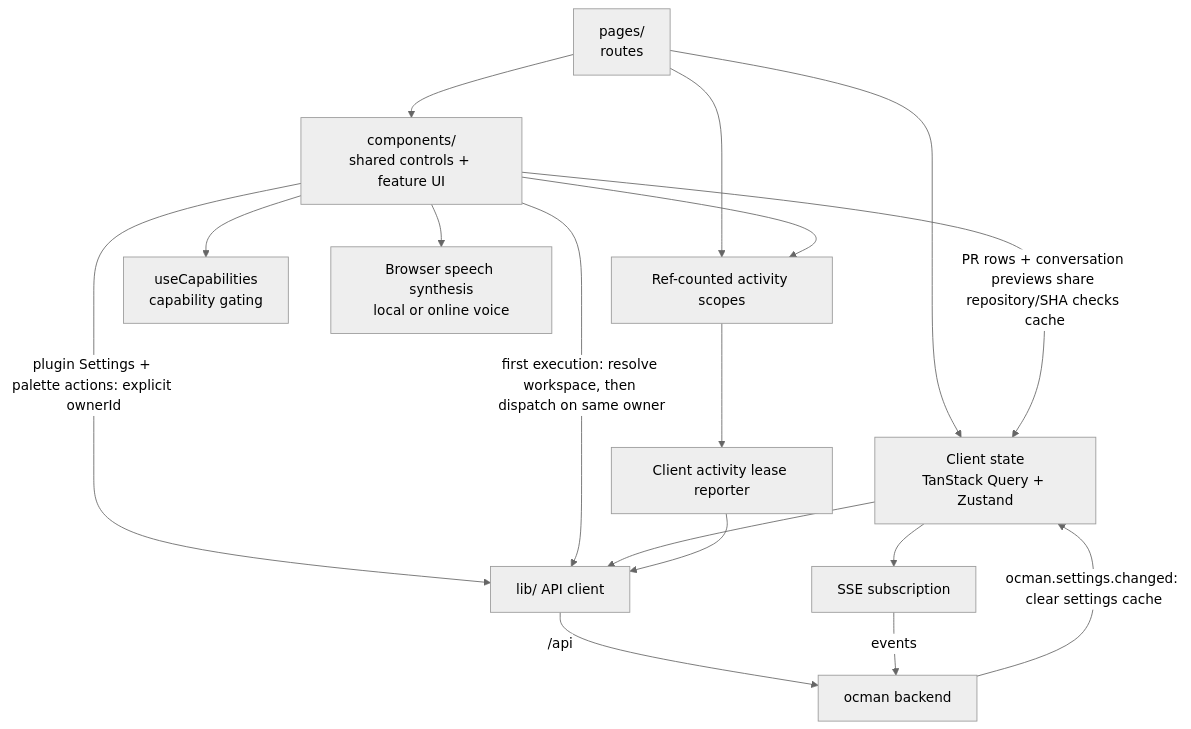
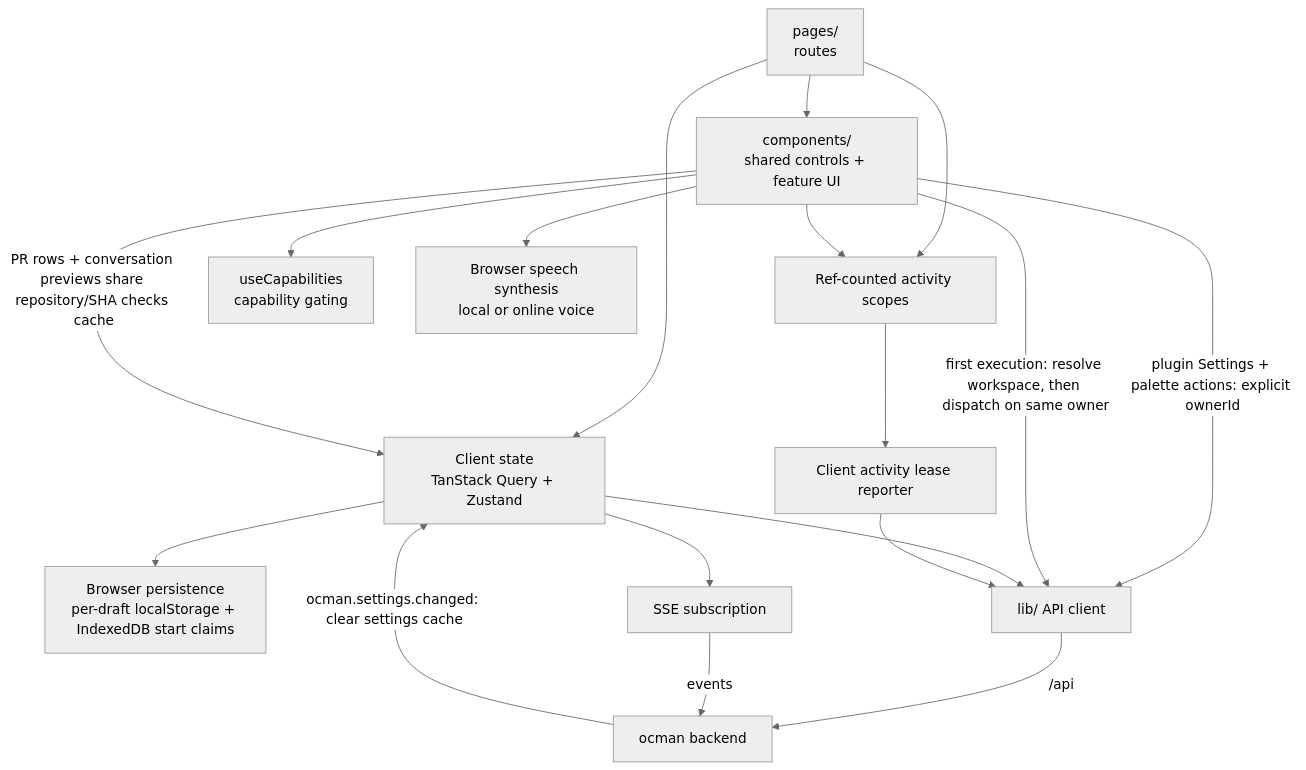
One commit to ocman/ocman changed the fourth of 5 diagrams in docs/other/architecture.md. Above: the diagram before and after it, drawn with Mermaid (neutral theme). The commit also changed other lines of this file and 14 other files, not shown here.

````diff
--- a/docs/other/architecture.md
+++ b/docs/other/architecture.md
@@ -468,19 +468,20 @@
 ```mermaid
 flowchart TD
     Pages[pages/<br/>routes] --> Comp[components/<br/>shared controls + feature UI]
     Pages --> Stores[Client state<br/>TanStack Query + Zustand]
+    Stores --> Persistence[Browser persistence<br/>per-draft localStorage + IndexedDB start claims]
     Comp -->|PR rows + conversation previews share repository/SHA checks cache| Stores
     Comp -->|plugin Settings + palette actions: explicit ownerId| API
     Comp -->|first execution: resolve workspace, then dispatch on same owner| API
     Stores --> API[lib/ API client]
     Stores --> SSE[SSE subscription]
     Pages --> Scopes[Ref-counted activity scopes]
     Comp --> Scopes
     Scopes --> Reporter[Client activity lease reporter]
     Reporter --> API
     API -->|/api| Hub[ocman backend]
     SSE -->|events| Hub
     Hub -->|ocman.settings.changed: clear settings cache| Stores
     Comp --> Caps[useCapabilities<br/>capability gating]
     Comp --> Speech[Browser speech synthesis<br/>local or online voice]
 ```
````
